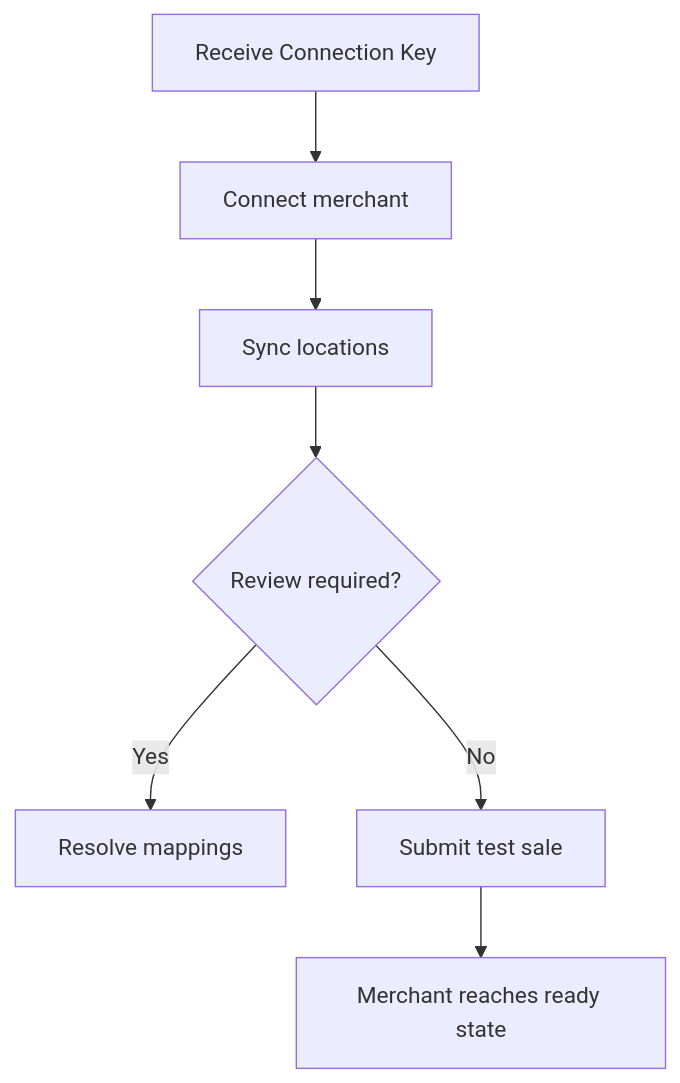
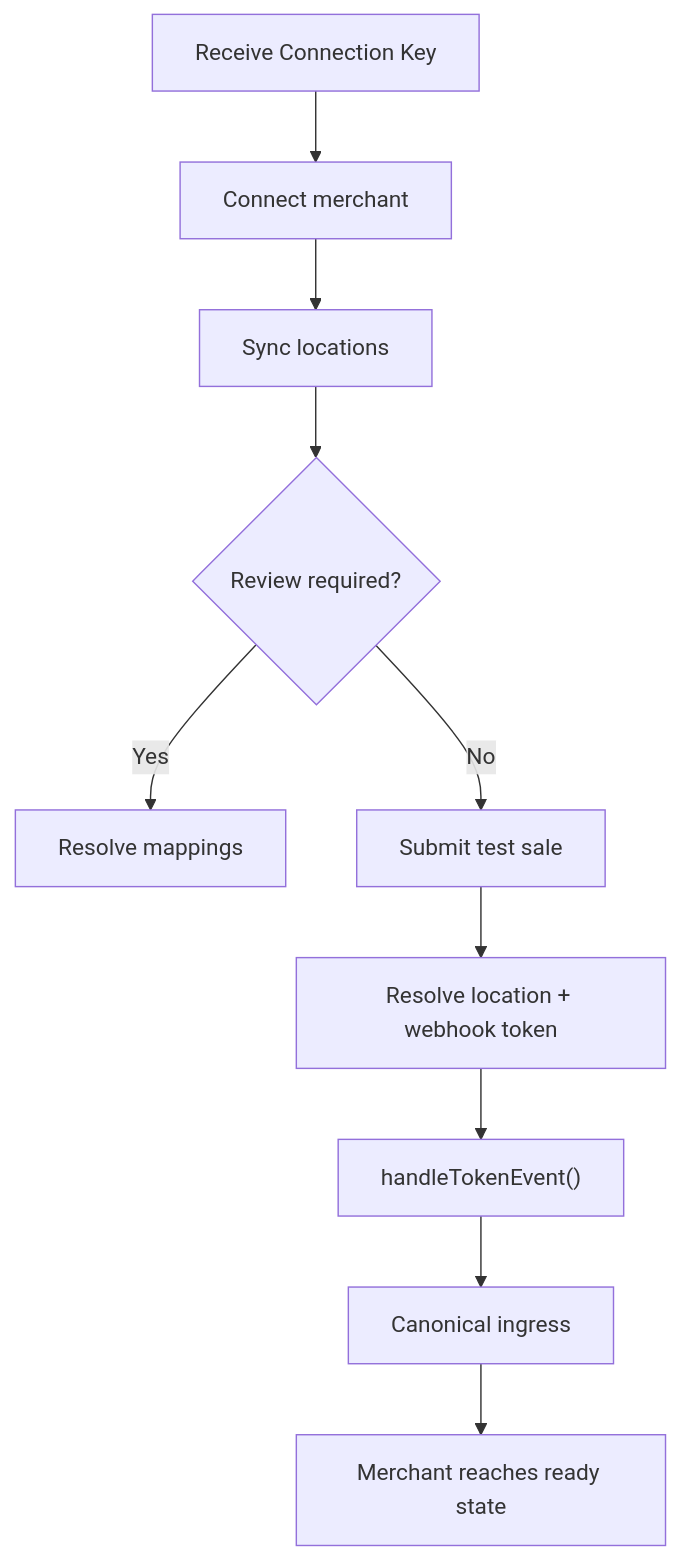
The diagram in integrations/restrox/native/partner-api.mdx (krischal07/docs), drawn with Mermaid before and after one commit. The commit also changed other lines of this file and 10 other files, not shown here.

````diff
--- a/integrations/restrox/native/partner-api.mdx
+++ b/integrations/restrox/native/partner-api.mdx
@@ -29,9 +29,12 @@
 ```mermaid
 flowchart TD
   A["Receive Connection Key"] --> B["Connect merchant"]
   B --> C["Sync locations"]
   C --> D{"Review required?"}
   D -- Yes --> E["Resolve mappings"]
   D -- No --> F["Submit test sale"]
-  F --> G["Merchant reaches ready state"]
+  F --> G["Resolve location + webhook token"]
+  G --> H["handleTokenEvent()"]
+  H --> I["Canonical ingress"]
+  I --> J["Merchant reaches ready state"]
 ```
````
